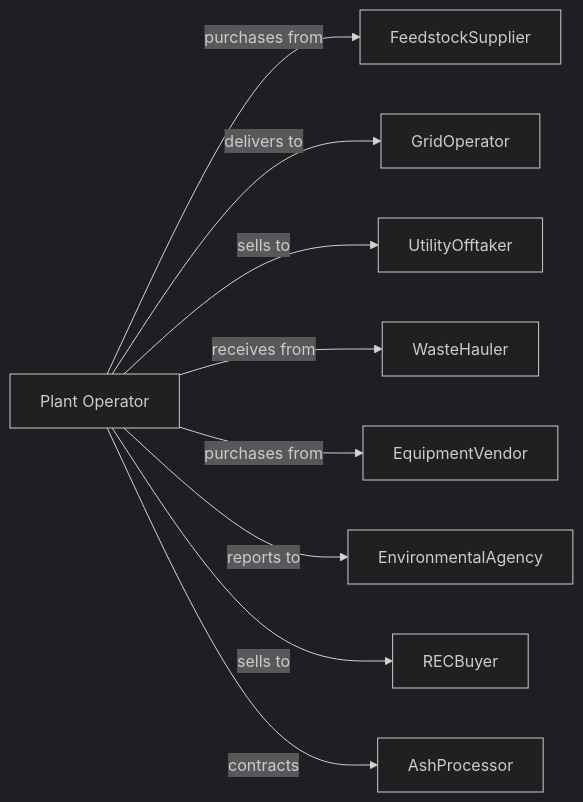
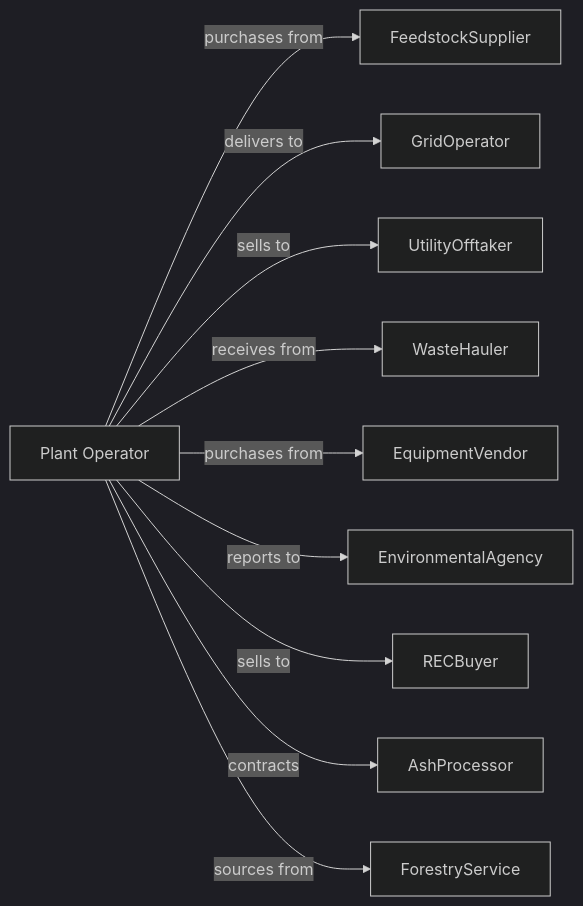
The second of 2 diagrams in Utilities/Utilities/ElectricPowerGenerationTransmissionAndDistribution/BiomassElectricPowerGeneration.mdx (dot-org-ai/industries.org.ai), drawn with Mermaid (dark theme) before and after one commit. The commit also changed other lines of this file and 588 other files, not shown here.

````diff
--- a/Utilities/Utilities/ElectricPowerGenerationTransmissionAndDistribution/BiomassElectricPowerGeneration.mdx
+++ b/Utilities/Utilities/ElectricPowerGenerationTransmissionAndDistribution/BiomassElectricPowerGeneration.mdx
@@ -136,13 +136,14 @@
 ```mermaid
 graph LR
     P[Plant Operator]
 
     P -->|purchases from| FeedstockSupplier
     P -->|delivers to| GridOperator
     P -->|sells to| UtilityOfftaker
     P -->|receives from| WasteHauler
     P -->|purchases from| EquipmentVendor
     P -->|reports to| EnvironmentalAgency
     P -->|sells to| RECBuyer
     P -->|contracts| AshProcessor
+    P -->|sources from| ForestryService
 ```
````
